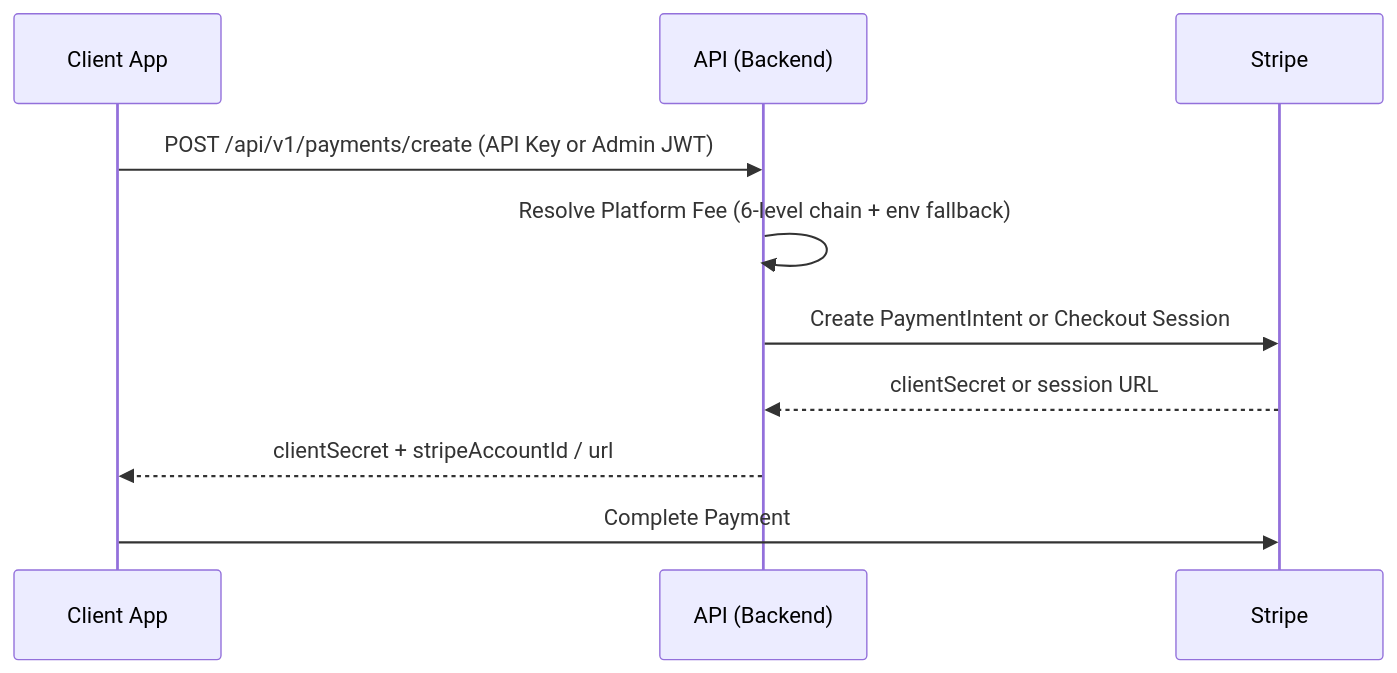
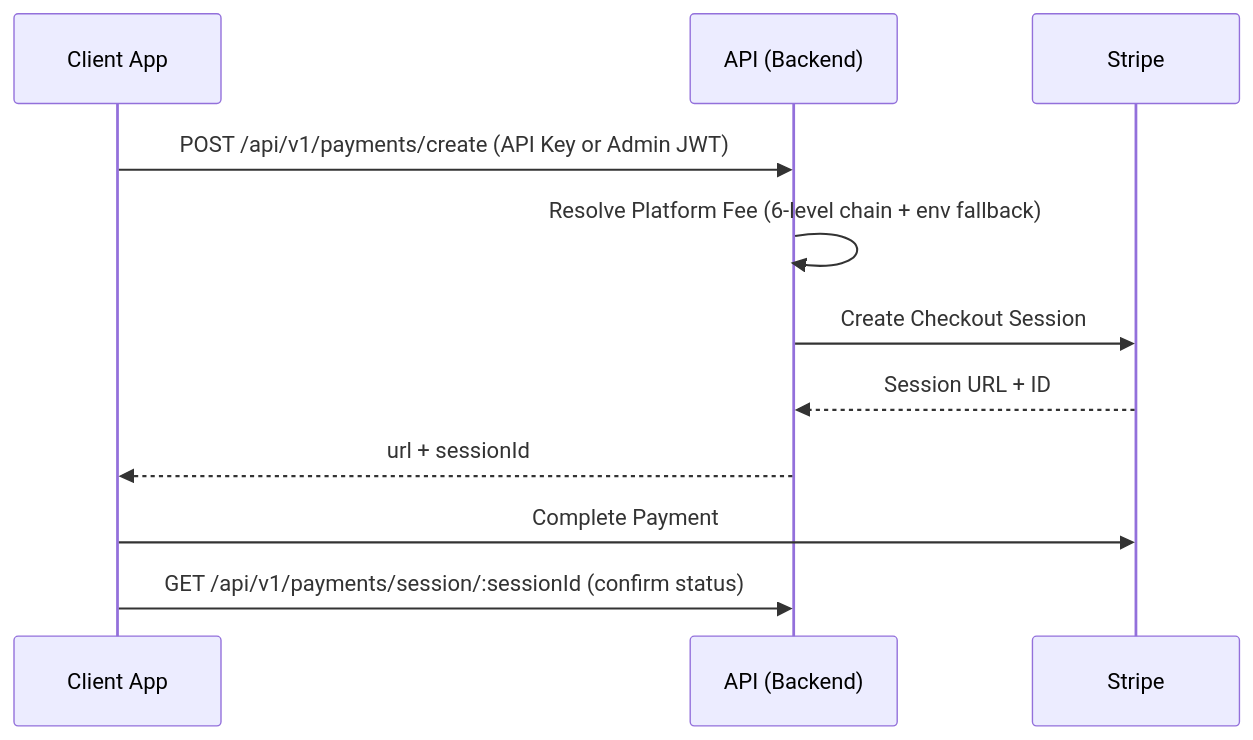
The first of 2 diagrams in docs/ARCHITECTURE.md (DFW-Software-Consulting/dfwsc2.0), drawn with Mermaid before and after one commit. The commit also changed 8 other files, not shown here.

First line of the commit message:
feat(payments): return sessionId and document payment confirmation (#158)

````diff
--- a/docs/ARCHITECTURE.md
+++ b/docs/ARCHITECTURE.md
@@ -25,13 +25,14 @@
 ```mermaid
 sequenceDiagram
     participant C as Client App
     participant A as API (Backend)
     participant S as Stripe
 
     C->>A: POST /api/v1/payments/create (API Key or Admin JWT)
     A->>A: Resolve Platform Fee (6-level chain + env fallback)
-    A->>S: Create PaymentIntent or Checkout Session
-    S-->>A: clientSecret or session URL
-    A-->>C: clientSecret + stripeAccountId / url
+    A->>S: Create Checkout Session
+    S-->>A: Session URL + ID
+    A-->>C: url + sessionId
     C->>S: Complete Payment
+    C->>A: GET /api/v1/payments/session/:sessionId (confirm status)
 ```
````
